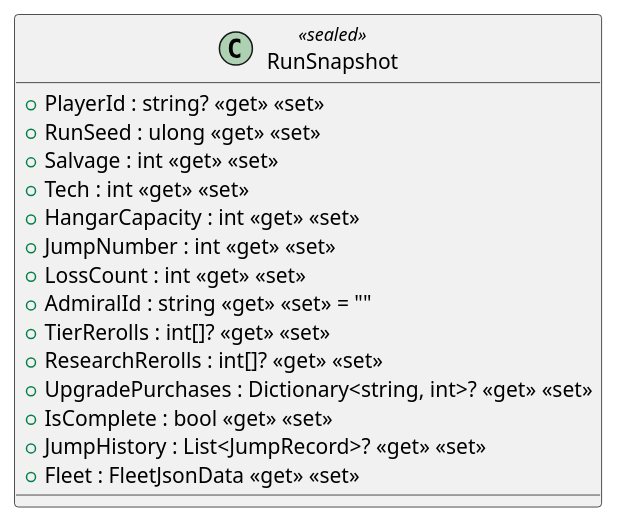
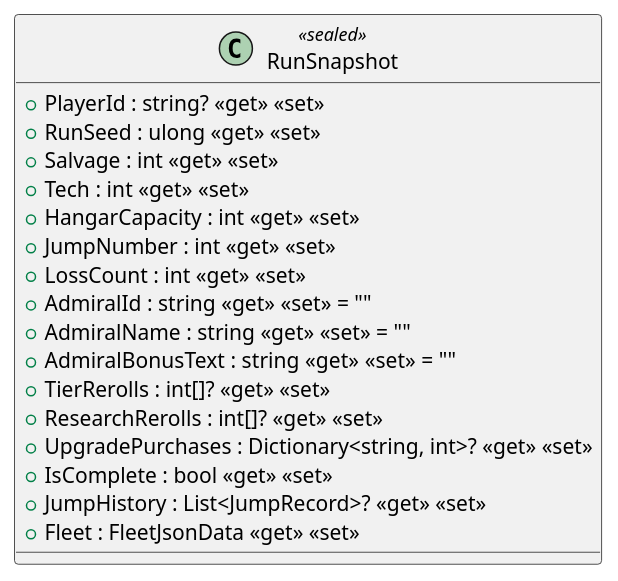
The diagram in diagrams/csharp/client/src/meta/RunSnapshot.puml (Tai-trinh/skock), drawn with PlantUML before and after one commit. The commit also changed 50 other files, not shown here.

```diff
--- a/diagrams/csharp/client/src/meta/RunSnapshot.puml
+++ b/diagrams/csharp/client/src/meta/RunSnapshot.puml
@@ -1,18 +1,20 @@
 @startuml
 class RunSnapshot <<sealed>> {
     + PlayerId : string? <<get>> <<set>>
     + RunSeed : ulong <<get>> <<set>>
     + Salvage : int <<get>> <<set>>
     + Tech : int <<get>> <<set>>
     + HangarCapacity : int <<get>> <<set>>
     + JumpNumber : int <<get>> <<set>>
     + LossCount : int <<get>> <<set>>
     + AdmiralId : string <<get>> <<set>> = ""
+    + AdmiralName : string <<get>> <<set>> = ""
+    + AdmiralBonusText : string <<get>> <<set>> = ""
     + TierRerolls : int[]? <<get>> <<set>>
     + ResearchRerolls : int[]? <<get>> <<set>>
     + UpgradePurchases : Dictionary<string, int>? <<get>> <<set>>
     + IsComplete : bool <<get>> <<set>>
     + JumpHistory : List<JumpRecord>? <<get>> <<set>>
     + Fleet : FleetJsonData <<get>> <<set>>
 }
 @enduml
```
